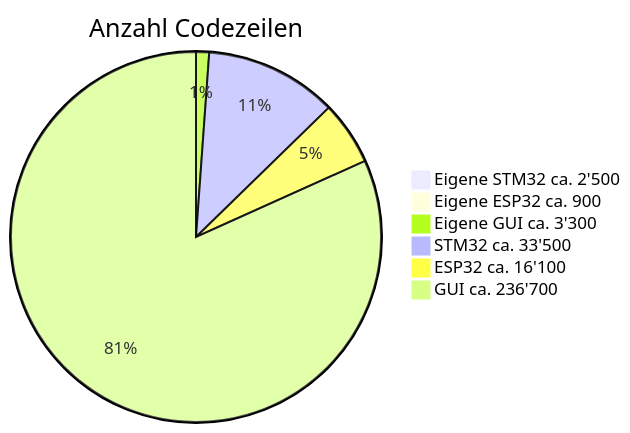
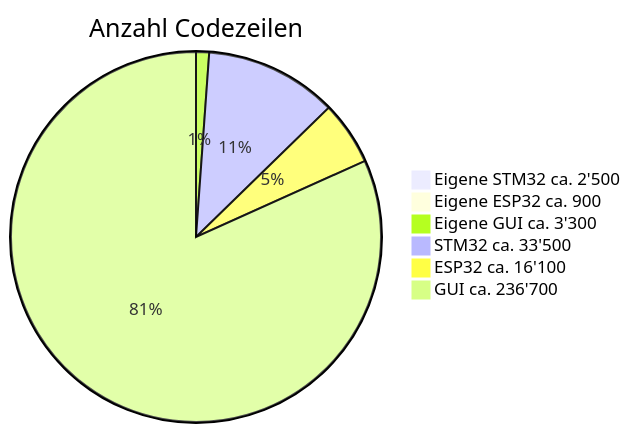
One commit to lssch/robocar changed the third of 3 diagrams in docs/Presentation.qmd. Above: the diagram before and after it, drawn with Mermaid. The commit also changed other lines of this file and 148 other files, not shown here.

````diff
--- a/docs/Presentation.qmd
+++ b/docs/Presentation.qmd
@@ -94,9 +179,10 @@
 ```{mermaid}
+%%{init: {"pie": {"textPosition": 0.5}} }%%
 pie title Anzahl Codezeilen
     "Eigene STM32 ca. 2'500" : 2500
     "Eigene ESP32 ca. 900" : 900
     "Eigene GUI ca. 3'300" : 3300
     "STM32 ca. 33'500" : 33500
     "ESP32 ca. 16'100" : 16100
     "GUI ca. 236'700" : 236700
 ```
````
